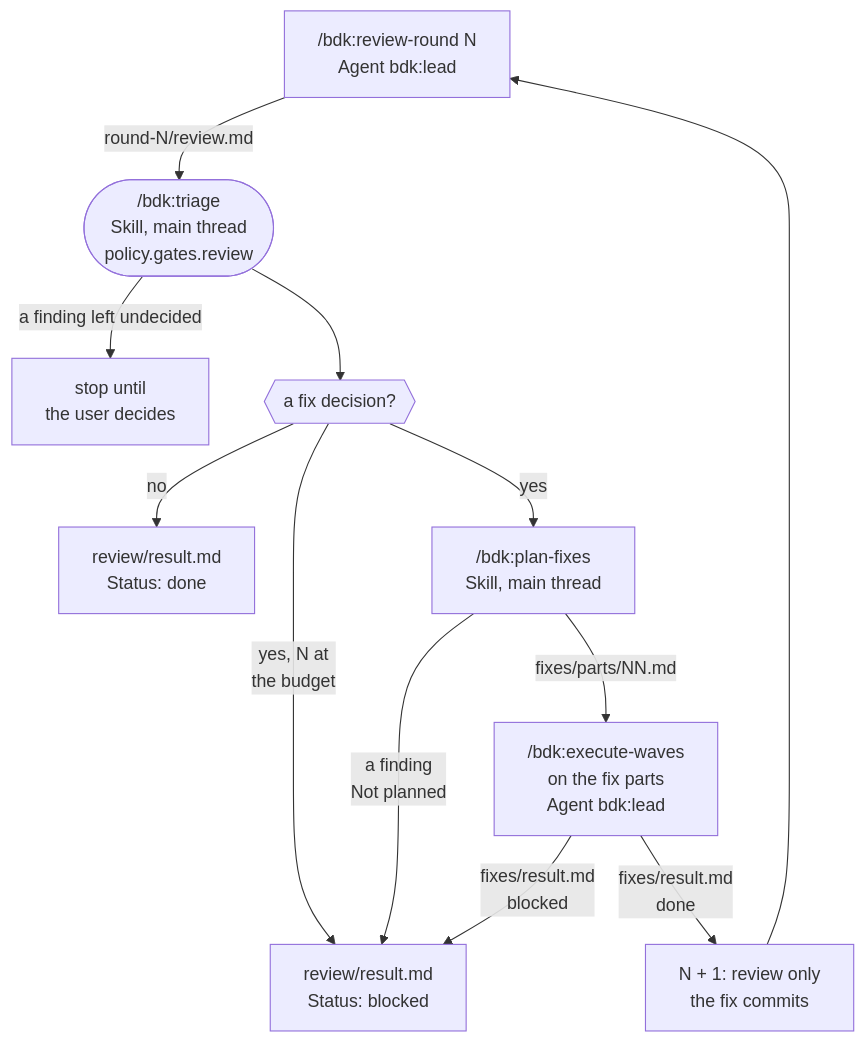
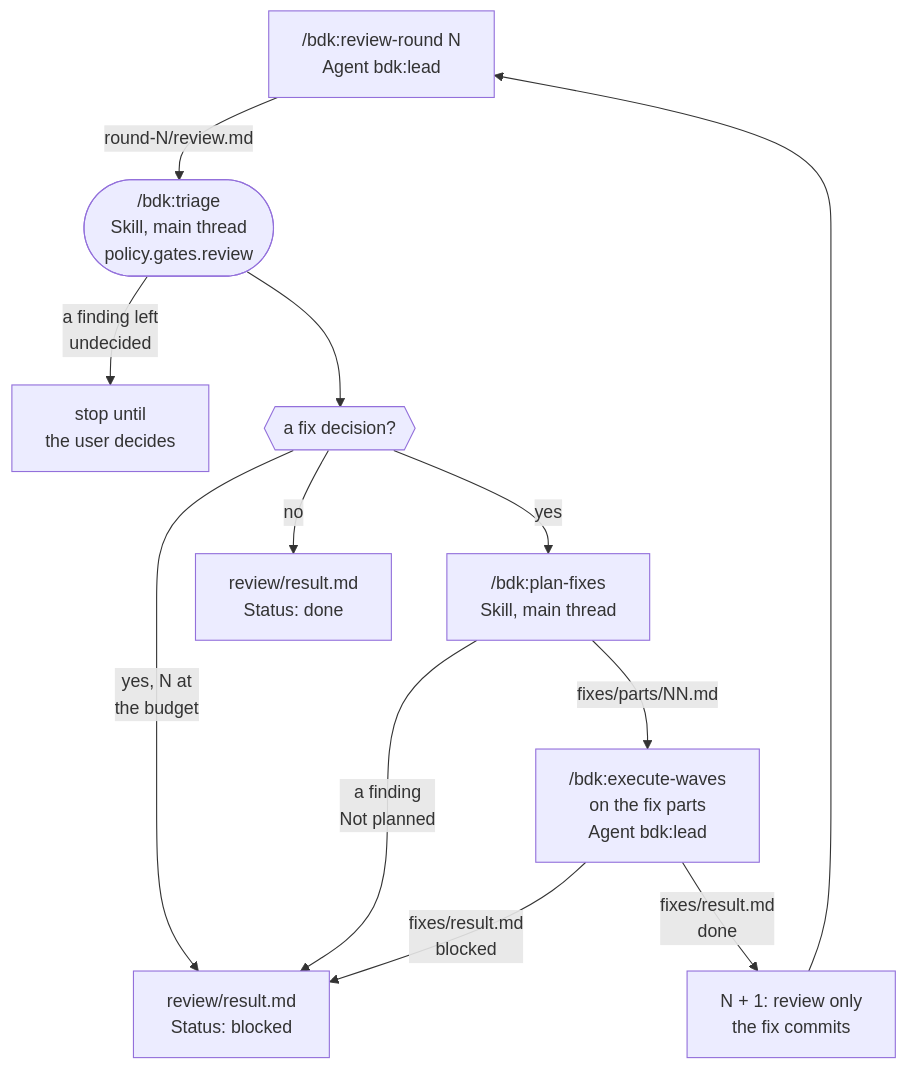
The tenth of 15 diagrams in docs/concepts/orchestrators.md (broneq/bdk), drawn with Mermaid before and after one commit. The commit also changed other lines of this file and 20 other files, not shown here.

First line of the commit message:
fix(docs): fit every diagram into the content column

````diff
--- a/docs/concepts/orchestrators.md
+++ b/docs/concepts/orchestrators.md
@@ -218,15 +217,15 @@
 ```mermaid
 flowchart TB
   RND["/bdk:review-round N<br/>Agent bdk:lead"] -->|"round-N/review.md"| TRI
   TRI(["/bdk:triage<br/>Skill, main thread<br/>policy.gates.review"])
-  TRI -->|"a finding left undecided"| WAITU["stop until<br/>the user decides"]
+  TRI -->|"a finding left<br/>undecided"| WAITU["stop until<br/>the user decides"]
   TRI --> FIX{{"a fix decision?"}}
+  FIX -->|"yes"| PF["/bdk:plan-fixes<br/>Skill, main thread"]
   FIX -->|"no"| OK["review/result.md<br/>Status: done"]
   FIX -->|"yes, N at<br/>the budget"| BLK["review/result.md<br/>Status: blocked"]
-  FIX -->|"yes"| PF["/bdk:plan-fixes<br/>Skill, main thread"]
   PF -->|"a finding<br/>Not planned"| BLK
   PF -->|"fixes/parts/NN.md"| FP["/bdk:execute-waves<br/>on the fix parts<br/>Agent bdk:lead"]
   FP -->|"fixes/result.md<br/>blocked"| BLK
   FP -->|"fixes/result.md<br/>done"| NEXT["N + 1: review only<br/>the fix commits"]
   NEXT --> RND
 ```
````
